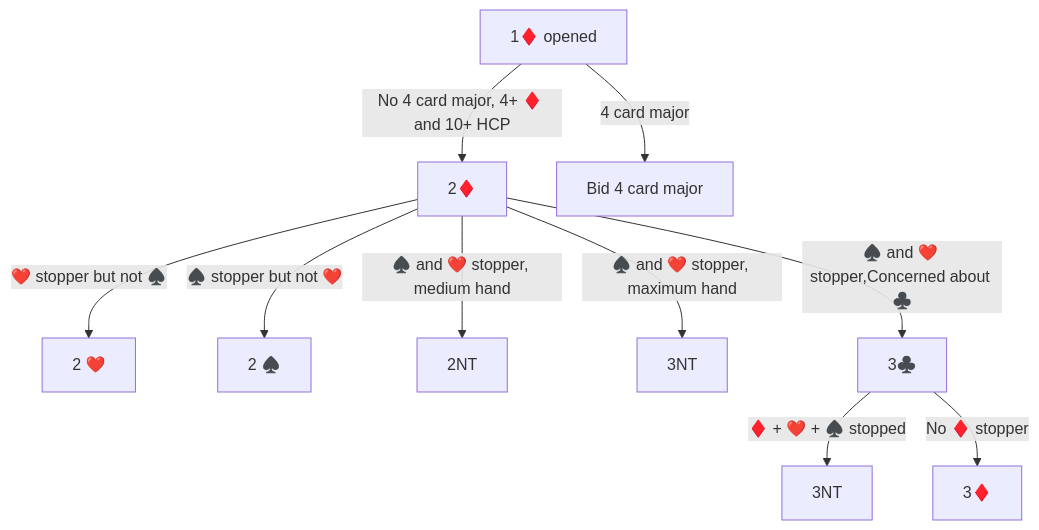
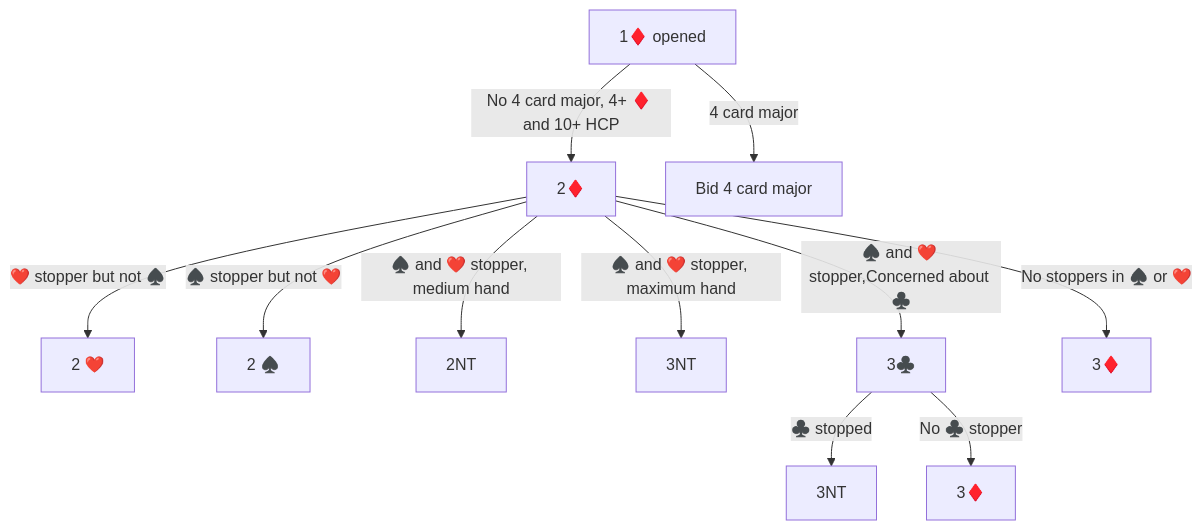
Before and after one commit to stephen-vakil/BridgeConventions: the second of 3 diagrams in InvertedMinors.md, drawn with Mermaid. The commit also changed other lines of this file, not shown here.

Commit message:
WIP - stopper system comparison

````diff
--- a/InvertedMinors.md
+++ b/InvertedMinors.md
@@ -31,19 +36,20 @@
 ```mermaid
 graph TD
 
 %% Definitions
     OpenMinor["1♦️ opened"]
     InvertedMinor["2♦️"]
 %% Bidding flow
     OpenMinor -->|"No 4 card major, 4+ ♦️ and 10+ HCP"| InvertedMinor
     OpenMinor -->|4 card major| Bid4cardMajor[Bid 4 card major]
 
     InvertedMinor -->|❤️ stopper but not ♠️| Inverted2H[2 ❤️]
     InvertedMinor -->|♠️ stopper but not ❤️| Inverted2S[2 ♠️]
     InvertedMinor -->|♠️ and ❤️ stopper, medium hand| Inverted2NT[2NT]
     InvertedMinor -->|♠️ and ❤️ stopper, maximum hand| Inverted3NT[3NT]
     InvertedMinor -->|♠️ and ❤️ stopper,Concerned about ♣️| InvertedOtherMinor["3♣️"]
+    InvertedMinor -->|No stoppers in ♠️ or ❤️| InvertedRebid[3♦️]
 
-    InvertedOtherMinor -->|♦️ + ❤️ + ♠️ stopped| InvertedOtherMinor2N[3NT]
-    InvertedOtherMinor -->|No ♦️ stopper| InvertedOtherMinorNoOtherMinor[3♦️]
+    InvertedOtherMinor -->|♣️ stopped| InvertedOtherMinor2N[3NT]
+    InvertedOtherMinor -->|No ♣️ stopper| InvertedOtherMinorNoOtherMinor[3♦️]
 ```
````
